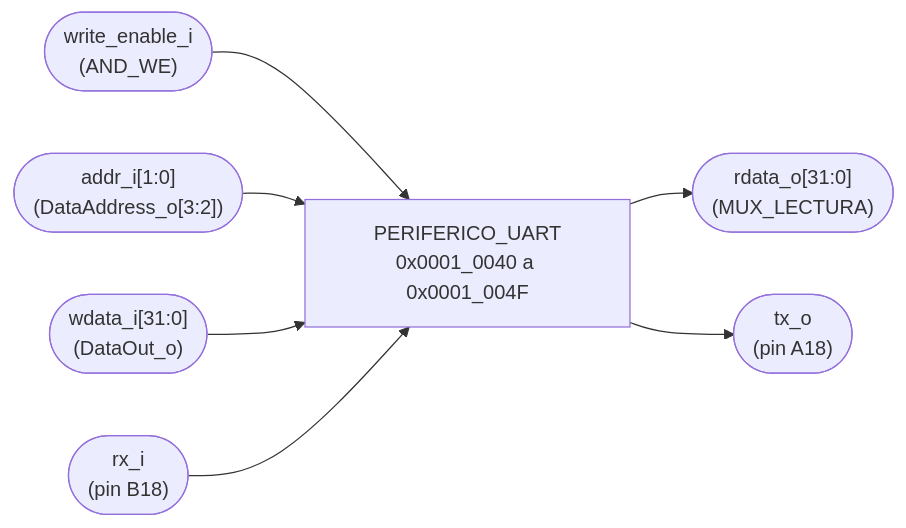
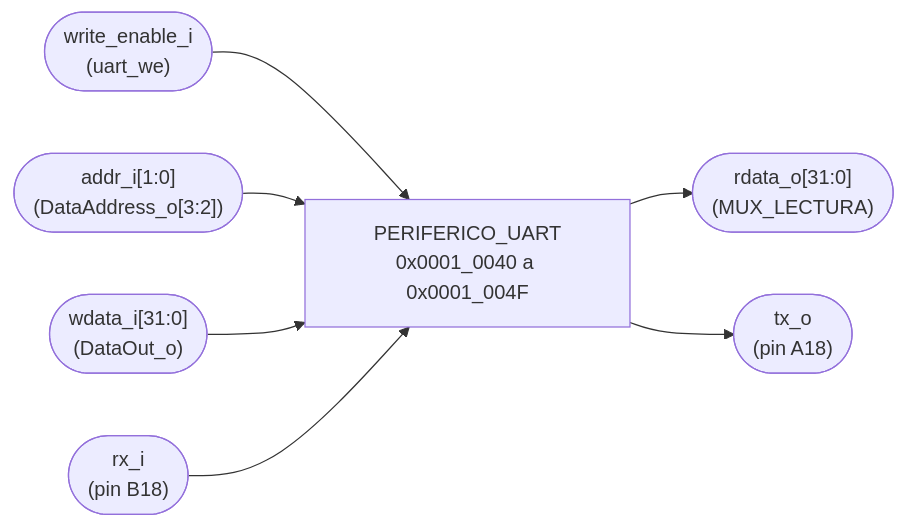
The diagram in docs/diseño/modulos/PERIFERICO_UART.md (Taller-de-diseno-digital-GR01/Proyecto-3-Batalla-Naval), drawn with Mermaid before and after one commit. The commit also changed other lines of this file, not shown here.

Commit message:
PERIFERICO_UART.md con uart_we del controlador de mapeo

````diff
--- a/docs/diseño/modulos/PERIFERICO_UART.md
+++ b/docs/diseño/modulos/PERIFERICO_UART.md
@@ -9,9 +9,9 @@
 ```mermaid
 flowchart LR
-    IN_WE(["write_enable_i<br/>(AND_WE)"]) --> PUART["PERIFERICO_UART<br/>0x0001_0040 a 0x0001_004F"]
+    IN_WE(["write_enable_i<br/>(uart_we)"]) --> PUART["PERIFERICO_UART<br/>0x0001_0040 a 0x0001_004F"]
     IN_ADDR(["addr_i[1:0]<br/>(DataAddress_o[3:2])"]) --> PUART
     IN_WD(["wdata_i[31:0]<br/>(DataOut_o)"]) --> PUART
     IN_RX(["rx_i<br/>(pin B18)"]) --> PUART
     PUART --> OUT_RD(["rdata_o[31:0]<br/>(MUX_LECTURA)"])
     PUART --> OUT_TX(["tx_o<br/>(pin A18)"])
 ```
````
